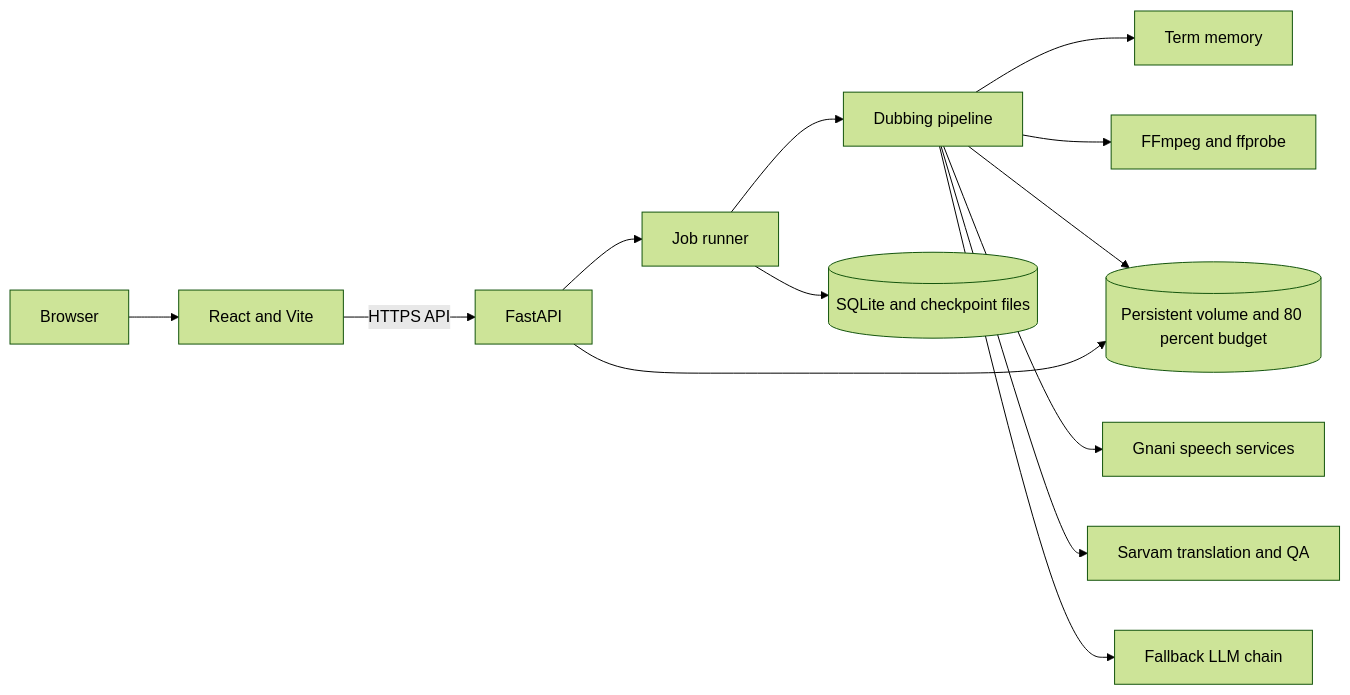
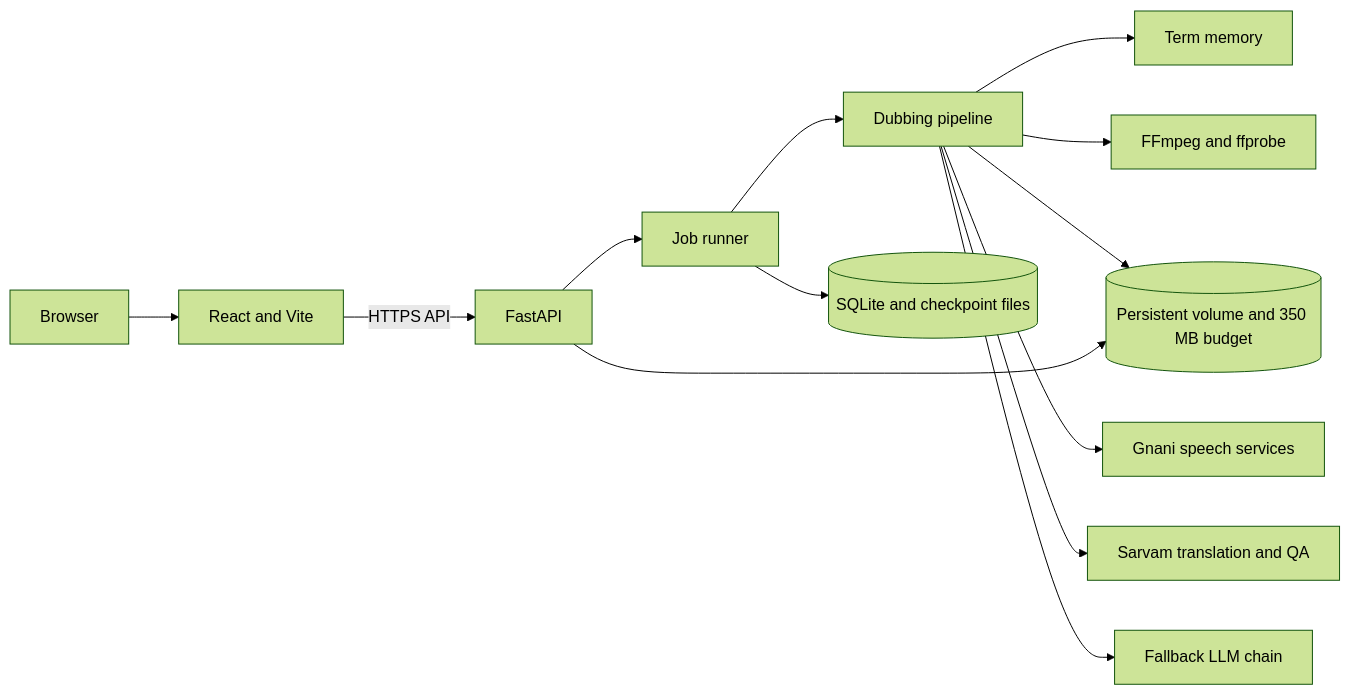
The second of 5 diagrams in README.md (Aarti-panchal01/anek), drawn with Mermaid (forest theme) before and after one commit. The commit also changed other lines of this file and 6 other files, not shown here.

````diff
--- a/README.md
+++ b/README.md
@@ -85,15 +85,15 @@
 ```mermaid
 flowchart LR
     Browser --> Vercel[React and Vite]
     Vercel -->|HTTPS API| FastAPI
     FastAPI --> Jobs[Job runner]
     Jobs --> Pipeline[Dubbing pipeline]
     Jobs --> Checkpoints[(SQLite and checkpoint files)]
     Pipeline --> Terms[Term memory]
     Pipeline --> Media[FFmpeg and ffprobe]
-    Pipeline --> Storage[(Persistent volume and 80 percent budget)]
+    Pipeline --> Storage[(Persistent volume and 350 MB budget)]
     FastAPI --> Storage
     Pipeline --> Gnani[Gnani speech services]
     Pipeline --> Sarvam[Sarvam translation and QA]
     Pipeline --> Fallback[Fallback LLM chain]
 ```
````
